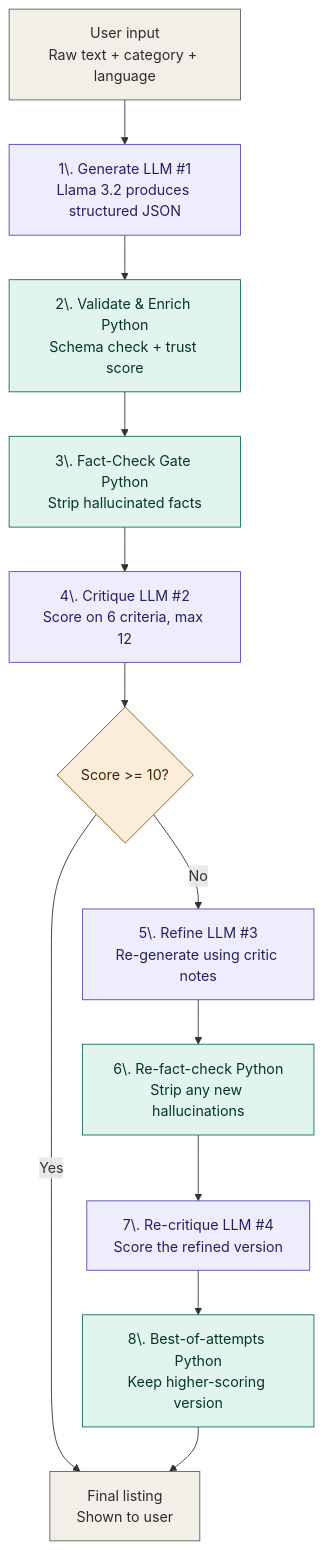
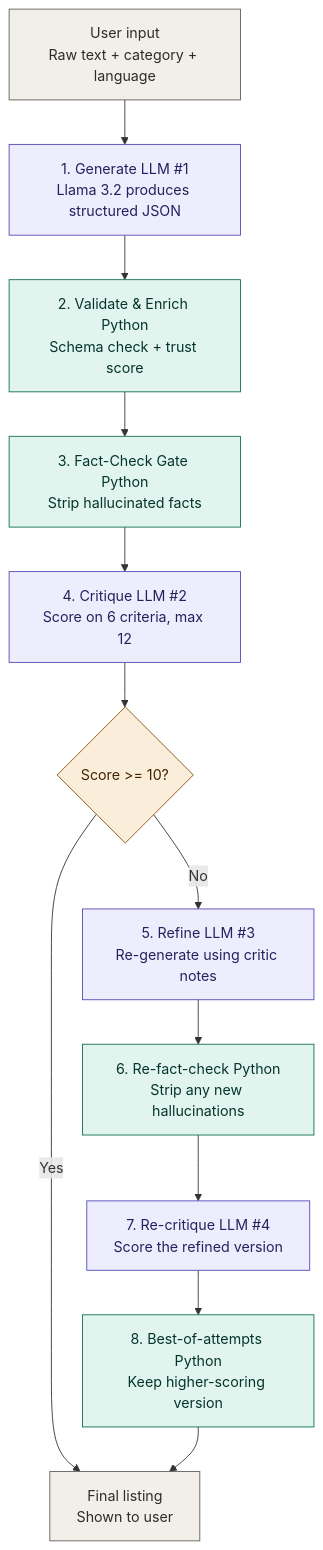
The diagram in README.md (demboss01/kolo-listing-assistant), drawn with Mermaid before and after one commit. The commit also changed 1 other file, not shown here.

Commit message:
Fix escaped periods in Mermaid diagram (1\. -> 1.)

````diff
--- a/README.md
+++ b/README.md
@@ -45,24 +45,24 @@
 ```mermaid
 flowchart TD
     User[User input<br/>Raw text + category + language]:::input
 
-    User --> Gen[1\. Generate LLM #1<br/>Llama 3.2 produces structured JSON]:::llm
-    Gen --> Val[2\. Validate & Enrich Python<br/>Schema check + trust score]:::python
-    Val --> Fact[3\. Fact-Check Gate Python<br/>Strip hallucinated facts]:::python
-    Fact --> Crit[4\. Critique LLM #2<br/>Score on 6 criteria, max 12]:::llm
+    User --> Gen[1. Generate LLM #1<br/>Llama 3.2 produces structured JSON]:::llm
+    Gen --> Val[2. Validate & Enrich Python<br/>Schema check + trust score]:::python
+    Val --> Fact[3. Fact-Check Gate Python<br/>Strip hallucinated facts]:::python
+    Fact --> Crit[4. Critique LLM #2<br/>Score on 6 criteria, max 12]:::llm
     Crit --> Decision{Score >= 10?}:::decision
 
     Decision -->|Yes| Final[Final listing<br/>Shown to user]:::output
-    Decision -->|No| Refine[5\. Refine LLM #3<br/>Re-generate using critic notes]:::llm
+    Decision -->|No| Refine[5. Refine LLM #3<br/>Re-generate using critic notes]:::llm
 
-    Refine --> Fact2[6\. Re-fact-check Python<br/>Strip any new hallucinations]:::python
-    Fact2 --> Crit2[7\. Re-critique LLM #4<br/>Score the refined version]:::llm
-    Crit2 --> Best[8\. Best-of-attempts Python<br/>Keep higher-scoring version]:::python
+    Refine --> Fact2[6. Re-fact-check Python<br/>Strip any new hallucinations]:::python
+    Fact2 --> Crit2[7. Re-critique LLM #4<br/>Score the refined version]:::llm
+    Crit2 --> Best[8. Best-of-attempts Python<br/>Keep higher-scoring version]:::python
     Best --> Final
 
     classDef input fill:#F1EFE8,stroke:#5F5E5A,color:#2C2C2A
     classDef llm fill:#EEEDFE,stroke:#534AB7,color:#26215C
     classDef python fill:#E1F5EE,stroke:#0F6E56,color:#04342C
     classDef decision fill:#FAEEDA,stroke:#854F0B,color:#412402
     classDef output fill:#F1EFE8,stroke:#5F5E5A,color:#2C2C2A
 ```
````
